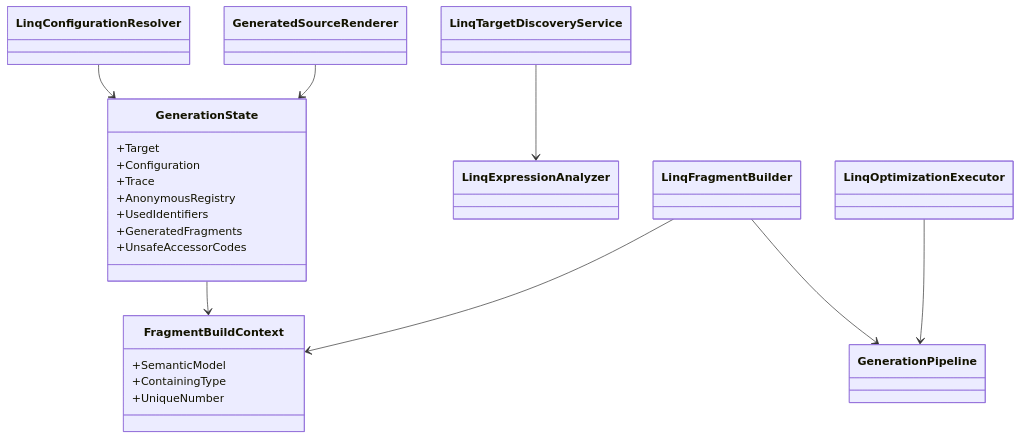
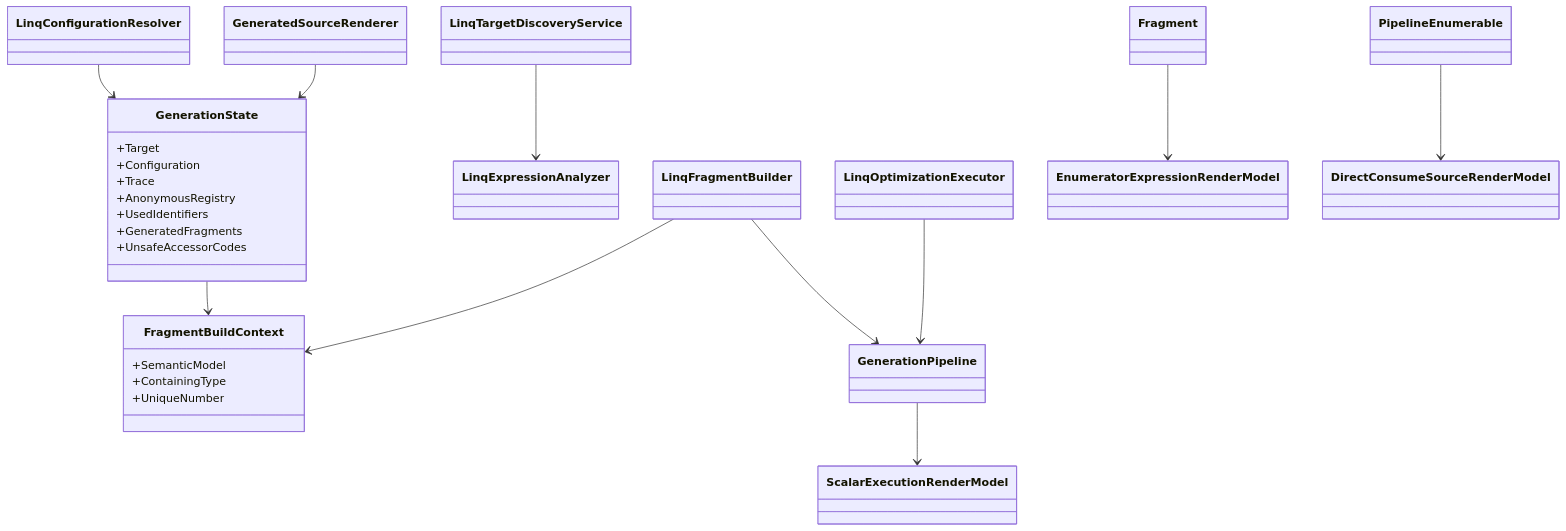
The third of 3 diagrams in Document/Code/Internal/StructuralDiagrams/ClassDiagram.md (AloneCraft/Seamless), drawn with Mermaid before and after one commit. The commit also changed 67 other files, not shown here.

Commit message:
refactor: FLinq enumerator and direct consume rendering models

````diff
--- a/Document/Code/Internal/StructuralDiagrams/ClassDiagram.md
+++ b/Document/Code/Internal/StructuralDiagrams/ClassDiagram.md
@@ -117,32 +117,38 @@
 ```mermaid
 classDiagram
     class GenerationState {
       +Target
       +Configuration
       +Trace
       +AnonymousRegistry
       +UsedIdentifiers
       +GeneratedFragments
       +UnsafeAccessorCodes
     }
     class FragmentBuildContext {
       +SemanticModel
       +ContainingType
       +UniqueNumber
     }
     class LinqConfigurationResolver
     class LinqTargetDiscoveryService
     class LinqExpressionAnalyzer
     class LinqOptimizationExecutor
     class LinqFragmentBuilder
     class GeneratedSourceRenderer
     class GenerationPipeline
+    class EnumeratorExpressionRenderModel
+    class DirectConsumeSourceRenderModel
+    class ScalarExecutionRenderModel
 
     GenerationState --> FragmentBuildContext
     LinqConfigurationResolver --> GenerationState
     LinqTargetDiscoveryService --> LinqExpressionAnalyzer
     LinqFragmentBuilder --> GenerationPipeline
     LinqFragmentBuilder --> FragmentBuildContext
     LinqOptimizationExecutor --> GenerationPipeline
     GeneratedSourceRenderer --> GenerationState
+    Fragment --> EnumeratorExpressionRenderModel
+    PipelineEnumerable --> DirectConsumeSourceRenderModel
+    GenerationPipeline --> ScalarExecutionRenderModel
 ```
````
